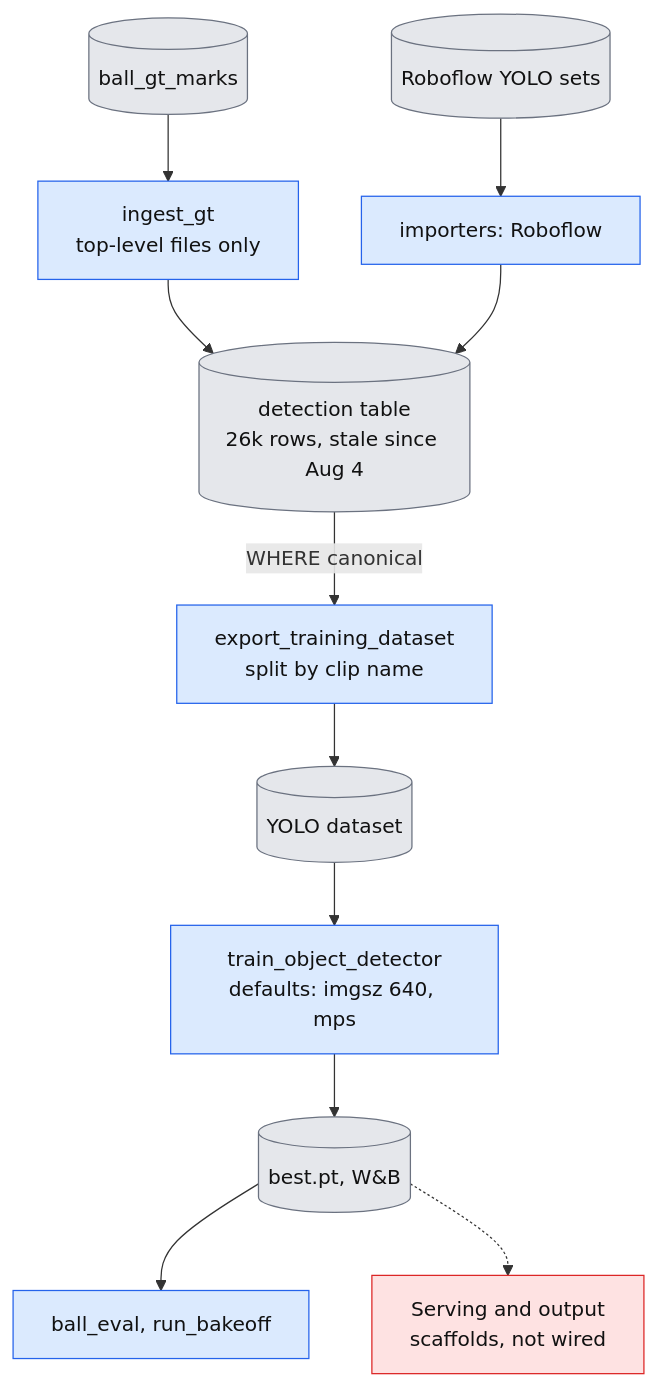
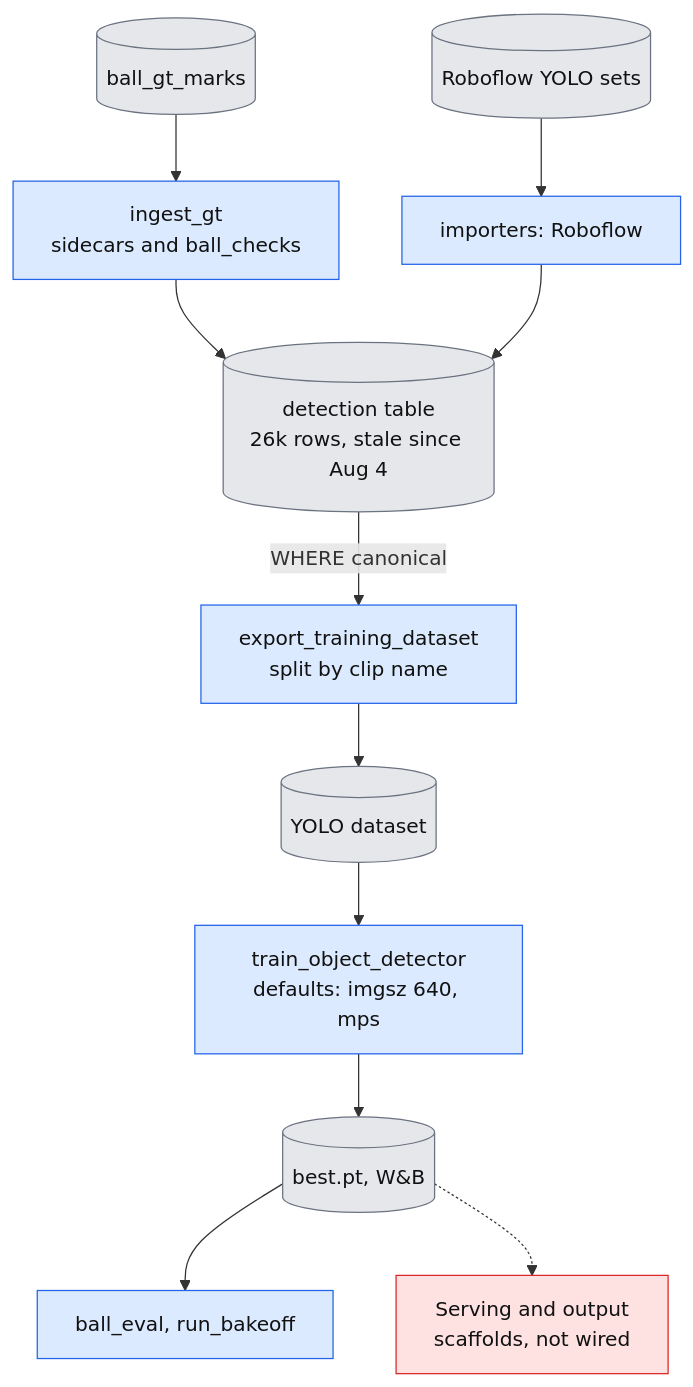
Before and after one commit to egroeg121/footy-track: the third of 5 diagrams in docs/architecture.md, drawn with Mermaid. The commit also changed other lines of this file and 8 other files, not shown here.

````diff
--- a/docs/architecture.md
+++ b/docs/architecture.md
@@ -77,18 +84,18 @@
 ```mermaid
 flowchart TB
   classDef code fill:#dbeafe,stroke:#2563eb,color:#111
   classDef data fill:#e5e7eb,stroke:#6b7280,color:#111
   classDef missing fill:#ffedd5,stroke:#ea580c,stroke-dasharray:5 3,color:#111
   classDef dead fill:#fee2e2,stroke:#dc2626,color:#111
   classDef bc fill:#ede9fe,stroke:#7c3aed,color:#111
-  GT[("ball_gt_marks")]:::data --> ING["ingest_gt<br/>top-level files only"]:::code
+  GT[("ball_gt_marks")]:::data --> ING["ingest_gt<br/>sidecars and ball_checks"]:::code
   RF[("Roboflow YOLO sets")]:::data --> RFI["importers: Roboflow"]:::code
   ING --> DB[("detection table<br/>26k rows, stale since Aug 4")]:::data
   RFI --> DB
   DB -- "WHERE canonical" --> EXP["export_training_dataset<br/>split by clip name"]:::code
   EXP --> YOLO[("YOLO dataset")]:::data
   YOLO --> TRAIN["train_object_detector<br/>defaults: imgsz 640, mps"]:::code
   TRAIN --> W[("best.pt, W&amp;B")]:::data
   W --> EVAL["ball_eval, run_bakeoff"]:::code
   W -.-> SERVE["Serving and output<br/>scaffolds, not wired"]:::dead
 ```
````
